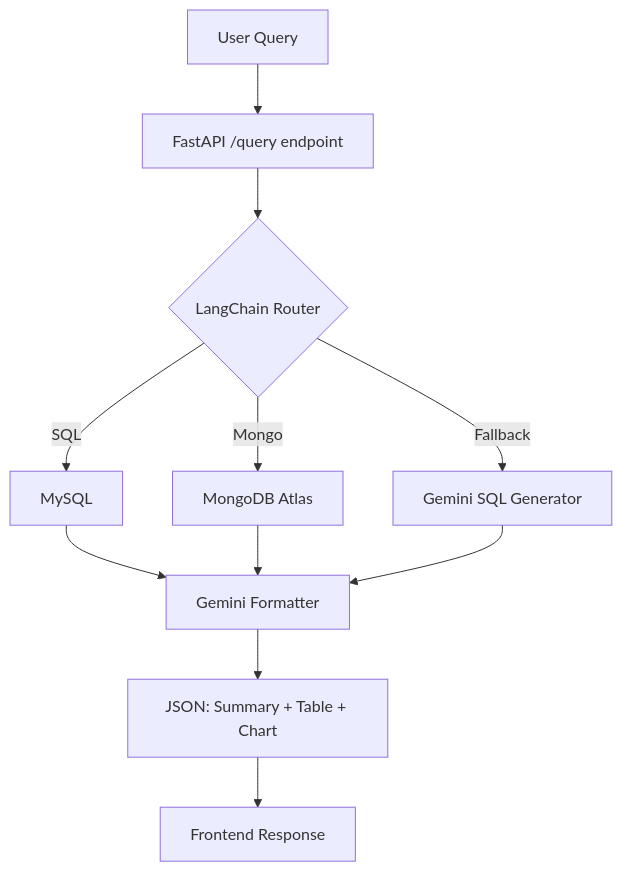
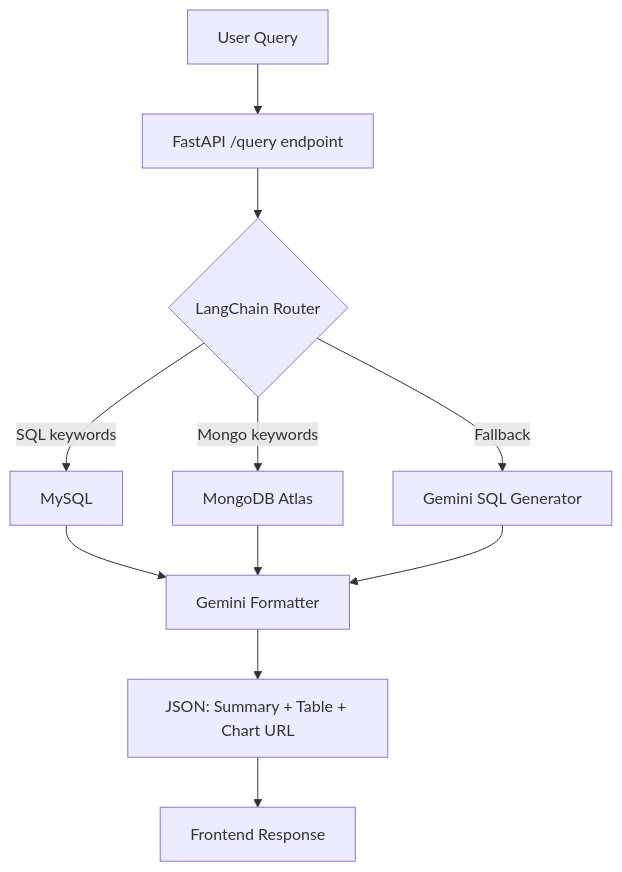
One commit to Anmol954/AI_Wealth_Management changed the diagram in README.md. Above: the diagram before and after it, drawn with Mermaid. The commit also changed other lines of this file, not shown here.

````diff
--- a/README.md
+++ b/README.md
@@ -73,13 +75,13 @@
 ```mermaid
 flowchart TD
   A[User Query] --> B[FastAPI /query endpoint]
   B --> C{LangChain Router}
-  C -->|SQL| D[MySQL]
-  C -->|Mongo| E[MongoDB Atlas]
+  C -->|SQL keywords| D[MySQL]
+  C -->|Mongo keywords| E[MongoDB Atlas]
   C -->|Fallback| F[Gemini SQL Generator]
   D --> G[Gemini Formatter]
   E --> G
   F --> G
-  G --> H[JSON: Summary + Table + Chart]
+  G --> H[JSON: Summary + Table + Chart URL]
   H --> I[Frontend Response]
 ```
````
